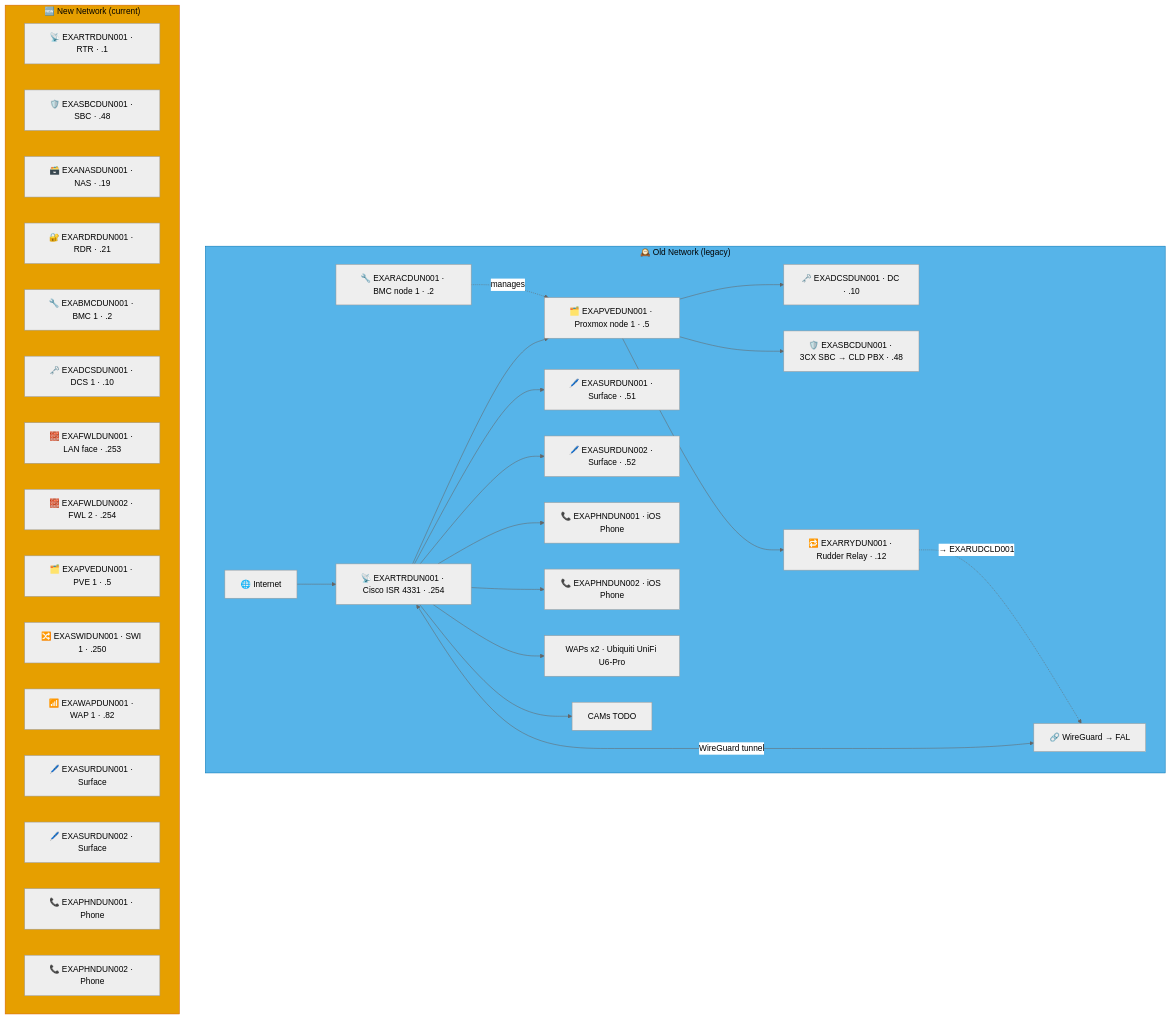
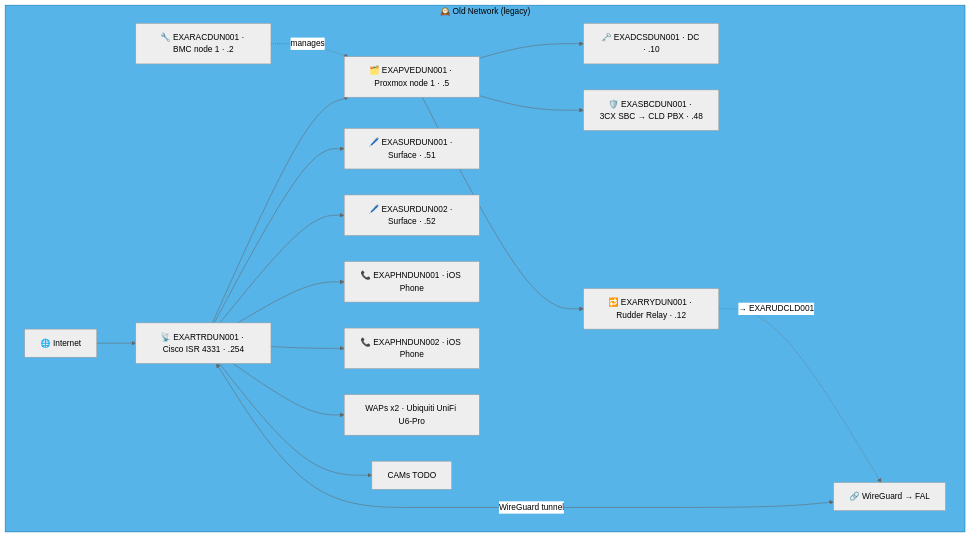
Before and after one commit to knightmare2600/example_music_infra: the ninth of 14 diagrams in docs/network-diagram/scotland.md, drawn with Mermaid (neutral theme). The commit also changed other lines of this file and 35 other files, not shown here.

````diff
--- a/docs/network-diagram/scotland.md
+++ b/docs/network-diagram/scotland.md
@@ -360,49 +418,29 @@
 ```mermaid
 graph TD
     subgraph OLD_DUN ["🕰️ Old Network (legacy)"]
       INET["🌐 Internet"]
       RTR["📡 EXARTRDUN001 · Cisco ISR 4331 · .254"]
       RAC["🔧 EXARACDUN001 · BMC node 1 · .2"]
       PVE["🗂️ EXAPVEDUN001 · Proxmox node 1 · .5"]
       DC["🗝️ EXADCSDUN001 · DC · .10"]
       SBC["🛡️ EXASBCDUN001 · 3CX SBC → CLD PBX · .48"]
       RRY["🔁 EXARRYDUN001 · Rudder Relay · .12"]
       SUR1["🖊️ EXASURDUN001 · Surface · .51"]
       SUR2["🖊️ EXASURDUN002 · Surface · .52"]
       PHN1["📞 EXAPHNDUN001 · iOS Phone"]
       PHN2["📞 EXAPHNDUN002 · iOS Phone"]
       WAP["WAPs x2 · Ubiquiti UniFi U6-Pro"]
       CAM["CAMs TODO"]
       VPN["🔗 WireGuard → FAL"]
 
       INET --> RTR --> PVE
       PVE --> DC & SBC
       RAC -.->|"manages"| PVE
       RTR --> SUR1 & SUR2 & PHN1 & PHN2 & WAP & CAM
       RTR <-->|"WireGuard tunnel"| VPN
 
       PVE --> RRY
       RRY -. "→ EXARUDCLD001" .-> VPN
     end
     style OLD_DUN fill:#56B4E9,stroke:#0072B2,color:#000000
-    %% GENERATED:NEW-NETWORK:DUN:START
-    subgraph NEW_DUN ["🆕 New Network (current)"]
-      N_RTR["📡 EXARTRDUN001 · RTR · .1"]
-      N_SBC["🛡️ EXASBCDUN001 · SBC · .48"]
-      N_NAS["🗃️ EXANASDUN001 · NAS · .19"]
-      N_RDR["🔐 EXARDRDUN001 · RDR · .21"]
-      N_BMC["🔧 EXABMCDUN001 · BMC 1 · .2"]
-      N_DCS["🗝️ EXADCSDUN001 · DCS 1 · .10"]
-      N_FWL["🧱 EXAFWLDUN001 · LAN face · .253"]
-      N_FWL2["🧱 EXAFWLDUN002 · FWL 2 · .254"]
-      N_PVE["🗂️ EXAPVEDUN001 · PVE 1 · .5"]
-      N_SWI["🔀 EXASWIDUN001 · SWI 1 · .250"]
-      N_WAP["📶 EXAWAPDUN001 · WAP 1 · .82"]
-      N_SUR["🖊️ EXASURDUN001 · Surface"]
-      N_SUR2["🖊️ EXASURDUN002 · Surface"]
-      N_PHN["📞 EXAPHNDUN001 · Phone"]
-      N_PHN2["📞 EXAPHNDUN002 · Phone"]
-    end
-    style NEW_DUN fill:#E69F00,stroke:#D55E00,color:#000000
-    %% GENERATED:NEW-NETWORK:DUN:END
 ```
````
